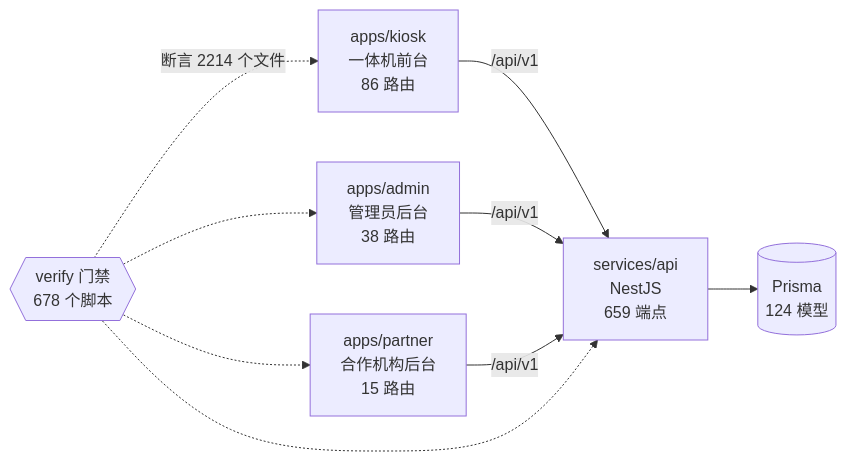
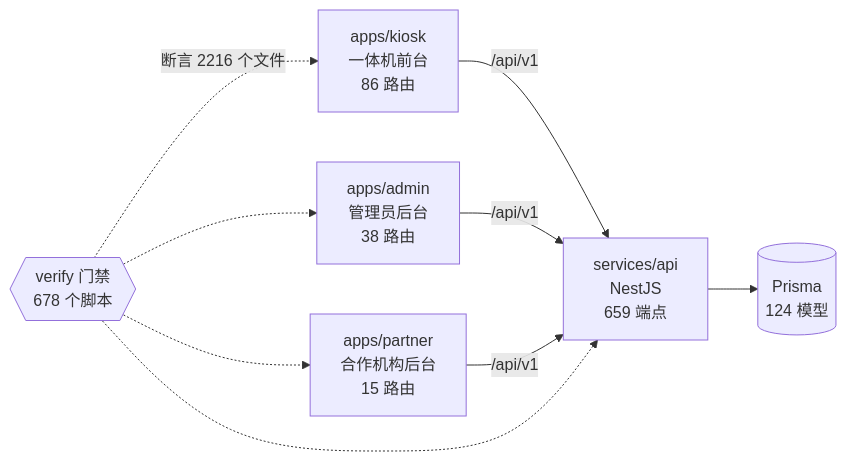
Before and after one commit to wanglei581/YITIJI: the diagram in docs/graph/README.md, drawn with Mermaid. The commit also changed other lines of this file and 2 other files, not shown here.

Commit message:
图谱补上政策搜索页门禁

````diff
--- a/docs/graph/README.md
+++ b/docs/graph/README.md
@@ -68,18 +68,18 @@
 ```mermaid
 flowchart LR
   kiosk["apps/kiosk<br/>一体机前台<br/>86 路由"]
   admin["apps/admin<br/>管理员后台<br/>38 路由"]
   partner["apps/partner<br/>合作机构后台<br/>15 路由"]
   api["services/api<br/>NestJS<br/>659 端点"]
   db[("Prisma<br/>124 模型")]
   gates{{"verify 门禁<br/>678 个脚本"}}
 
   kiosk -->|"/api/v1"| api
   admin -->|"/api/v1"| api
   partner -->|"/api/v1"| api
   api --> db
-  gates -.->|"断言 2214 个文件"| kiosk
+  gates -.->|"断言 2216 个文件"| kiosk
   gates -.-> admin
   gates -.-> partner
   gates -.-> api
 ```
````
